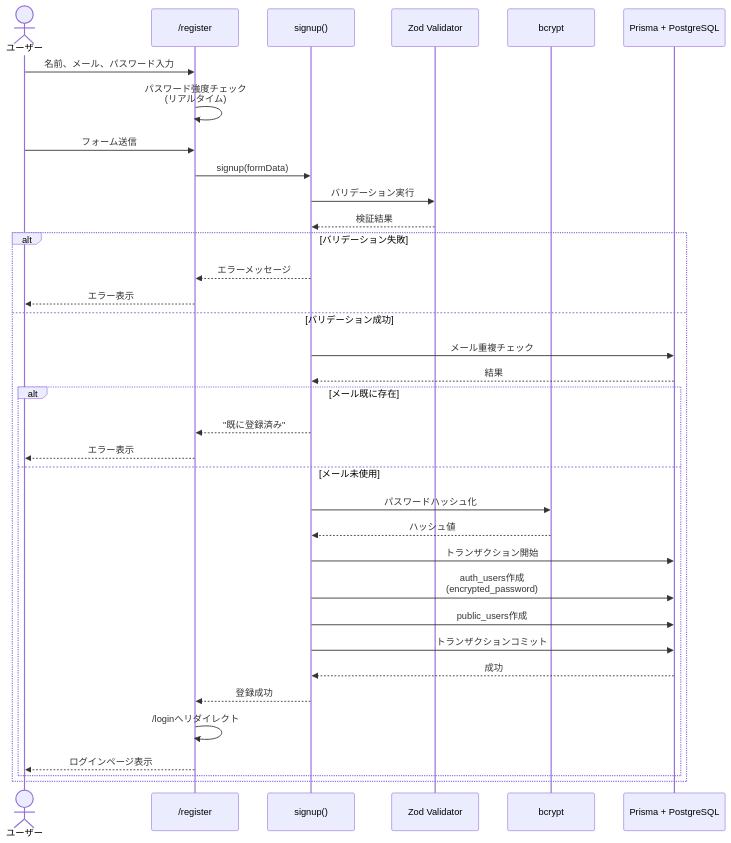
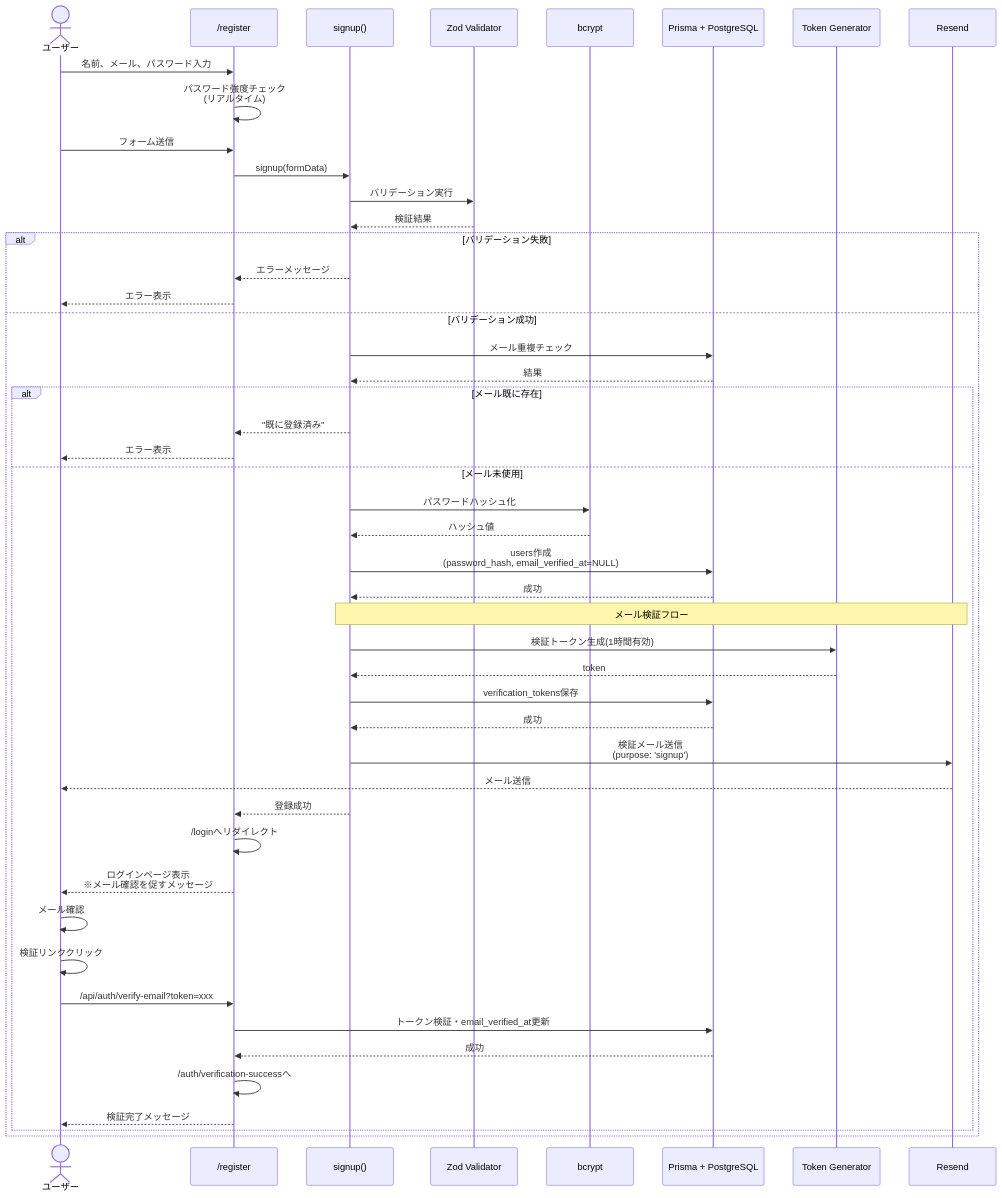
Before and after one commit to kazumadev619-dev/FishingConditionsApp: the second of 11 diagrams in docs/_archive/authentication-diagrams.md, drawn with Mermaid. The commit also changed other lines of this file and 5 other files, not shown here.

````diff
--- a/docs/_archive/authentication-diagrams.md
+++ b/docs/_archive/authentication-diagrams.md
@@ -63,43 +63,59 @@
 ```mermaid
 sequenceDiagram
     actor User as ユーザー
     participant UI as /register
     participant Action as signup()
     participant Validation as Zod Validator
     participant Bcrypt as bcrypt
     participant DB as Prisma + PostgreSQL
+    participant Token as Token Generator
+    participant Email as Resend
 
     User->>UI: 名前、メール、パスワード入力
     UI->>UI: パスワード強度チェック<br/>(リアルタイム)
     User->>UI: フォーム送信
     UI->>Action: signup(formData)
 
     Action->>Validation: バリデーション実行
     Validation-->>Action: 検証結果
 
     alt バリデーション失敗
         Action-->>UI: エラーメッセージ
         UI-->>User: エラー表示
     else バリデーション成功
         Action->>DB: メール重複チェック
         DB-->>Action: 結果
 
         alt メール既に存在
             Action-->>UI: "既に登録済み"
             UI-->>User: エラー表示
         else メール未使用
             Action->>Bcrypt: パスワードハッシュ化
             Bcrypt-->>Action: ハッシュ値
 
-            Action->>DB: トランザクション開始
-            Action->>DB: auth_users作成<br/>(encrypted_password)
-            Action->>DB: public_users作成
-            Action->>DB: トランザクションコミット
+            Action->>DB: users作成<br/>(password_hash, email_verified_at=NULL)
             DB-->>Action: 成功
+
+            Note over Action,Email: メール検証フロー
+            Action->>Token: 検証トークン生成(1時間有効)
+            Token-->>Action: token
+            Action->>DB: verification_tokens保存
+            DB-->>Action: 成功
+
+            Action->>Email: 検証メール送信<br/>(purpose: 'signup')
+            Email-->>User: メール送信
 
             Action-->>UI: 登録成功
             UI->>UI: /loginへリダイレクト
-            UI-->>User: ログインページ表示
+            UI-->>User: ログインページ表示<br/>※メール確認を促すメッセージ
+
+            User->>User: メール確認
+            User->>User: 検証リンククリック
+            User->>UI: /api/auth/verify-email?token=xxx
+            UI->>DB: トークン検証・email_verified_at更新
+            DB-->>UI: 成功
+            UI->>UI: /auth/verification-successへ
+            UI-->>User: 検証完了メッセージ
         end
     end
 ```
````
